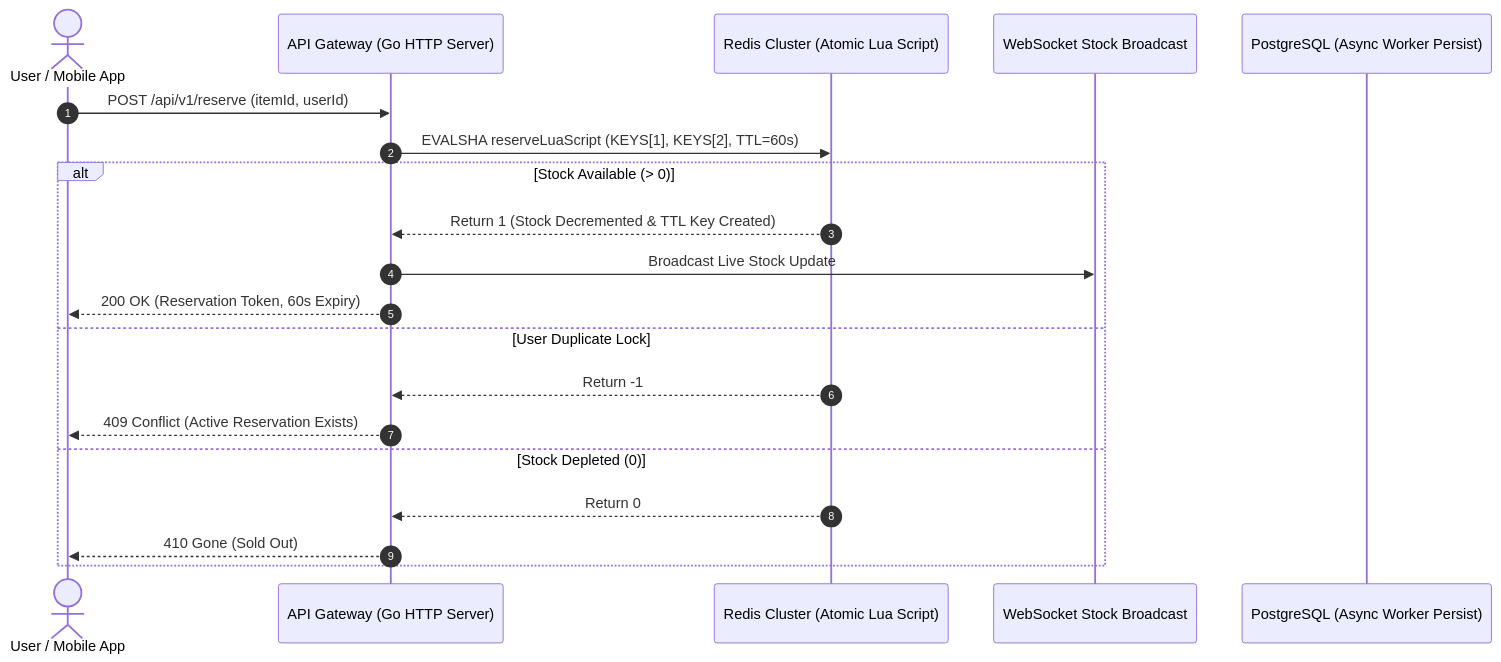
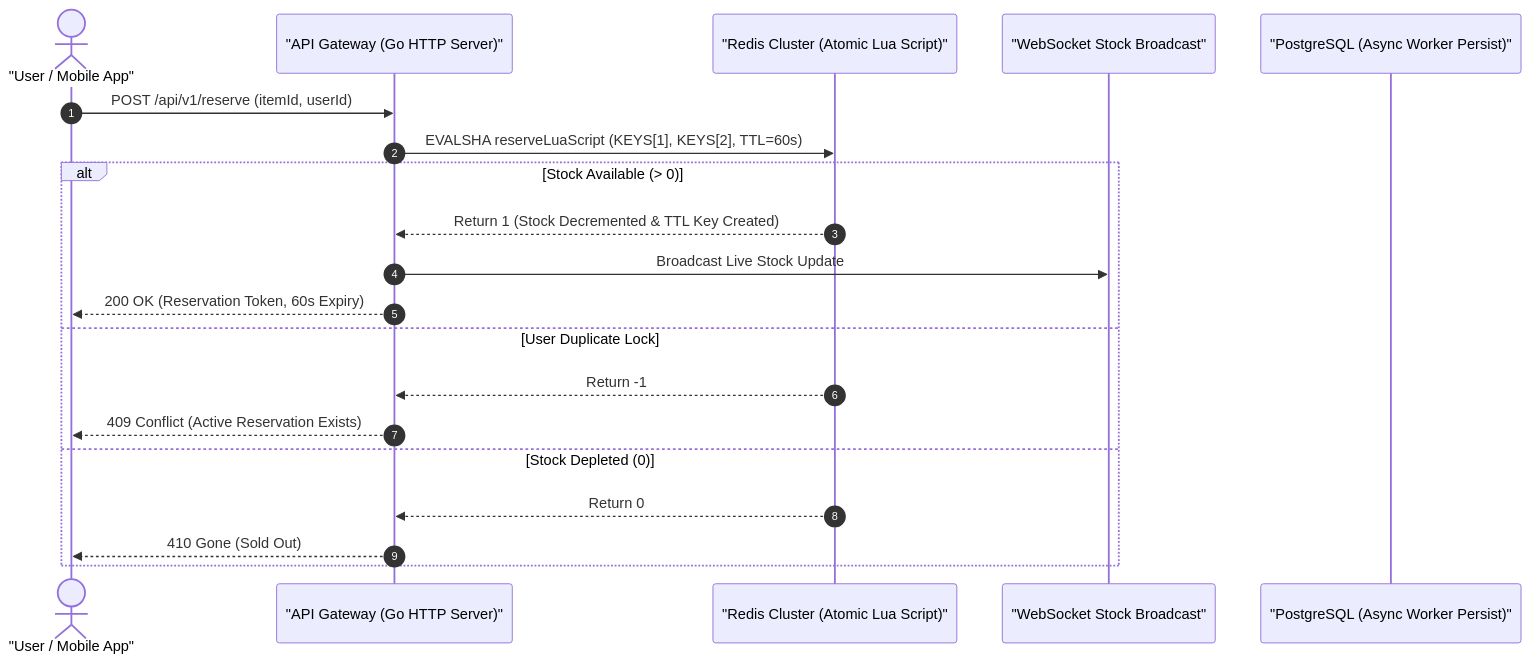
Before and after one commit to shafiktanbir/Sneaker-Drop-System: the diagram in README.md, drawn with Mermaid.

Commit message:
docs(architecture): quote sequence diagram participants for GitHub renderer compatibility

````diff
--- a/README.md
+++ b/README.md
@@ -13,23 +13,23 @@
 ```mermaid
 sequenceDiagram
     autonumber
-    actor Client as User / Mobile App
-    participant GW as API Gateway (Go HTTP Server)
-    participant Cache as Redis Cluster (Atomic Lua Script)
-    participant WS as WebSocket Stock Broadcast
-    participant DB as PostgreSQL (Async Worker Persist)
+    actor Client as "User / Mobile App"
+    participant GW as "API Gateway (Go HTTP Server)"
+    participant Cache as "Redis Cluster (Atomic Lua Script)"
+    participant WS as "WebSocket Stock Broadcast"
+    participant DB as "PostgreSQL (Async Worker Persist)"
 
     Client->>GW: POST /api/v1/reserve (itemId, userId)
     GW->>Cache: EVALSHA reserveLuaScript (KEYS[1], KEYS[2], TTL=60s)
     alt Stock Available (> 0)
         Cache-->>GW: Return 1 (Stock Decremented & TTL Key Created)
         GW->>WS: Broadcast Live Stock Update
         GW-->>Client: 200 OK (Reservation Token, 60s Expiry)
     else User Duplicate Lock
         Cache-->>GW: Return -1
         GW-->>Client: 409 Conflict (Active Reservation Exists)
     else Stock Depleted (0)
         Cache-->>GW: Return 0
         GW-->>Client: 410 Gone (Sold Out)
     end
 ```
````
